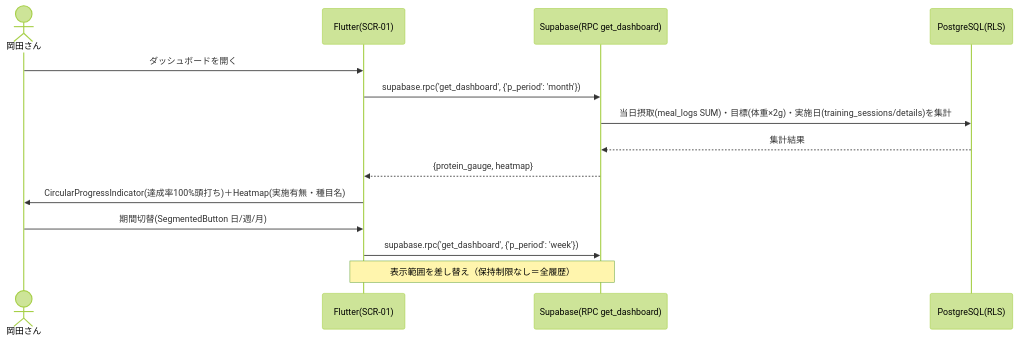
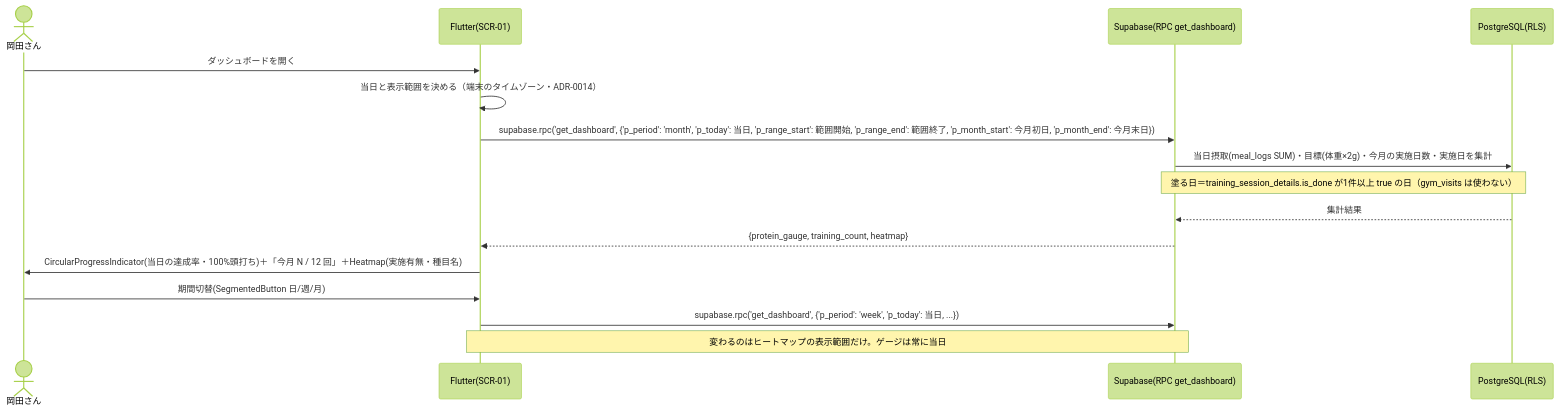
The third of 5 diagrams in docs/02_設計/40_機能設計/01_シーケンス設計.md (k-okada51/okada-fit), drawn with Mermaid (forest theme) before and after one commit. The commit also changed other lines of this file and 20 other files, not shown here.

````diff
--- a/docs/02_設計/40_機能設計/01_シーケンス設計.md
+++ b/docs/02_設計/40_機能設計/01_シーケンス設計.md
@@ -95,17 +99,19 @@
 ```mermaid
 sequenceDiagram
   actor U as 岡田さん
   participant F as Flutter(SCR-01)
   participant R as Supabase(RPC get_dashboard)
   participant D as PostgreSQL(RLS)
 
   U->>F: ダッシュボードを開く
-  F->>R: supabase.rpc('get_dashboard', {'p_period': 'month'})
-  R->>D: 当日摂取(meal_logs SUM)・目標(体重×2g)・実施日(training_sessions/details)を集計
+  F->>F: 当日と表示範囲を決める（端末のタイムゾーン・ADR-0014）
+  F->>R: supabase.rpc('get_dashboard', {'p_period': 'month', 'p_today': 当日, 'p_range_start': 範囲開始, 'p_range_end': 範囲終了, 'p_month_start': 今月初日, 'p_month_end': 今月末日})
+  R->>D: 当日摂取(meal_logs SUM)・目標(体重×2g)・今月の実施日数・実施日を集計
+  Note over R,D: 塗る日＝training_session_details.is_done が1件以上 true の日（gym_visits は使わない）
   D-->>R: 集計結果
-  R-->>F: {protein_gauge, heatmap}
-  F->>U: CircularProgressIndicator(達成率100%頭打ち)＋Heatmap(実施有無・種目名)
+  R-->>F: {protein_gauge, training_count, heatmap}
+  F->>U: CircularProgressIndicator(当日の達成率・100%頭打ち)＋「今月 N / 12 回」＋Heatmap(実施有無・種目名)
   U->>F: 期間切替(SegmentedButton 日/週/月)
-  F->>R: supabase.rpc('get_dashboard', {'p_period': 'week'})
-  Note over F,R: 表示範囲を差し替え（保持制限なし＝全履歴）
+  F->>R: supabase.rpc('get_dashboard', {'p_period': 'week', 'p_today': 当日, ...})
+  Note over F,R: 変わるのはヒートマップの表示範囲だけ。ゲージは常に当日
 ```
````
